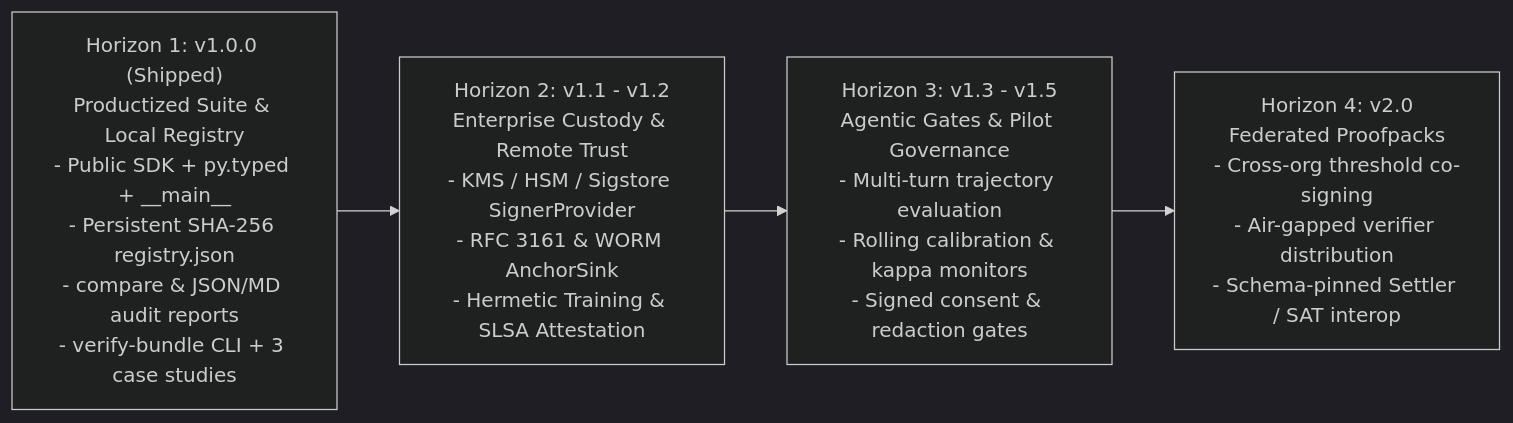
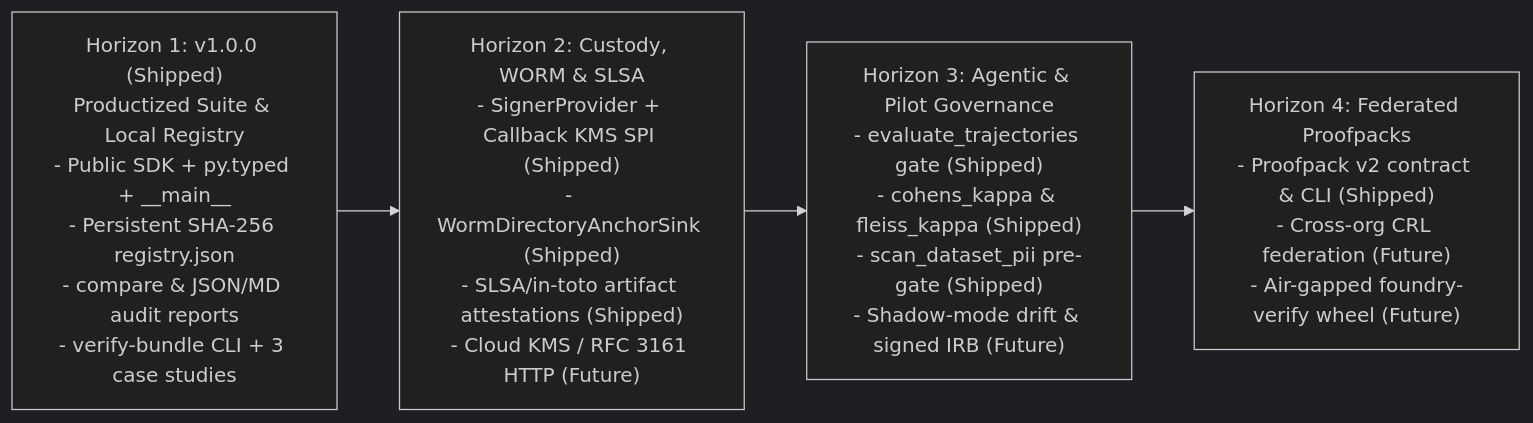
The first of 2 diagrams in docs/roadmap.md (Hardonian/Foundry), drawn with Mermaid (dark theme) before and after one commit. The commit also changed other lines of this file and 15 other files, not shown here.

Commit message:
feat: implement full Horizon suite (custody SPI, WORM sink, SLSA lineage, trajectories/kappa/PII, Proofpack v2)

````diff
--- a/docs/roadmap.md
+++ b/docs/roadmap.md
@@ -23,9 +23,9 @@
 ```mermaid
 flowchart LR
     H1["Horizon 1: v1.0.0 (Shipped)\nProductized Suite & Local Registry\n- Public SDK + py.typed + __main__\n- Persistent SHA-256 registry.json\n- compare & JSON/MD audit reports\n- verify-bundle CLI + 3 case studies"]
-    H2["Horizon 2: v1.1 - v1.2\nEnterprise Custody & Remote Trust\n- KMS / HSM / Sigstore SignerProvider\n- RFC 3161 & WORM AnchorSink\n- Hermetic Training & SLSA Attestation"]
-    H3["Horizon 3: v1.3 - v1.5\nAgentic Gates & Pilot Governance\n- Multi-turn trajectory evaluation\n- Rolling calibration & kappa monitors\n- Signed consent & redaction gates"]
-    H4["Horizon 4: v2.0\nFederated Proofpacks\n- Cross-org threshold co-signing\n- Air-gapped verifier distribution\n- Schema-pinned Settler / SAT interop"]
+    H2["Horizon 2: Custody, WORM & SLSA\n- SignerProvider + Callback KMS SPI (Shipped)\n- WormDirectoryAnchorSink (Shipped)\n- SLSA/in-toto artifact attestations (Shipped)\n- Cloud KMS / RFC 3161 HTTP (Future)"]
+    H3["Horizon 3: Agentic & Pilot Governance\n- evaluate_trajectories gate (Shipped)\n- cohens_kappa & fleiss_kappa (Shipped)\n- scan_dataset_pii pre-gate (Shipped)\n- Shadow-mode drift & signed IRB (Future)"]
+    H4["Horizon 4: Federated Proofpacks\n- Proofpack v2 contract & CLI (Shipped)\n- Cross-org CRL federation (Future)\n- Air-gapped foundry-verify wheel (Future)"]
 
     H1 --> H2 --> H3 --> H4
 ```
````
